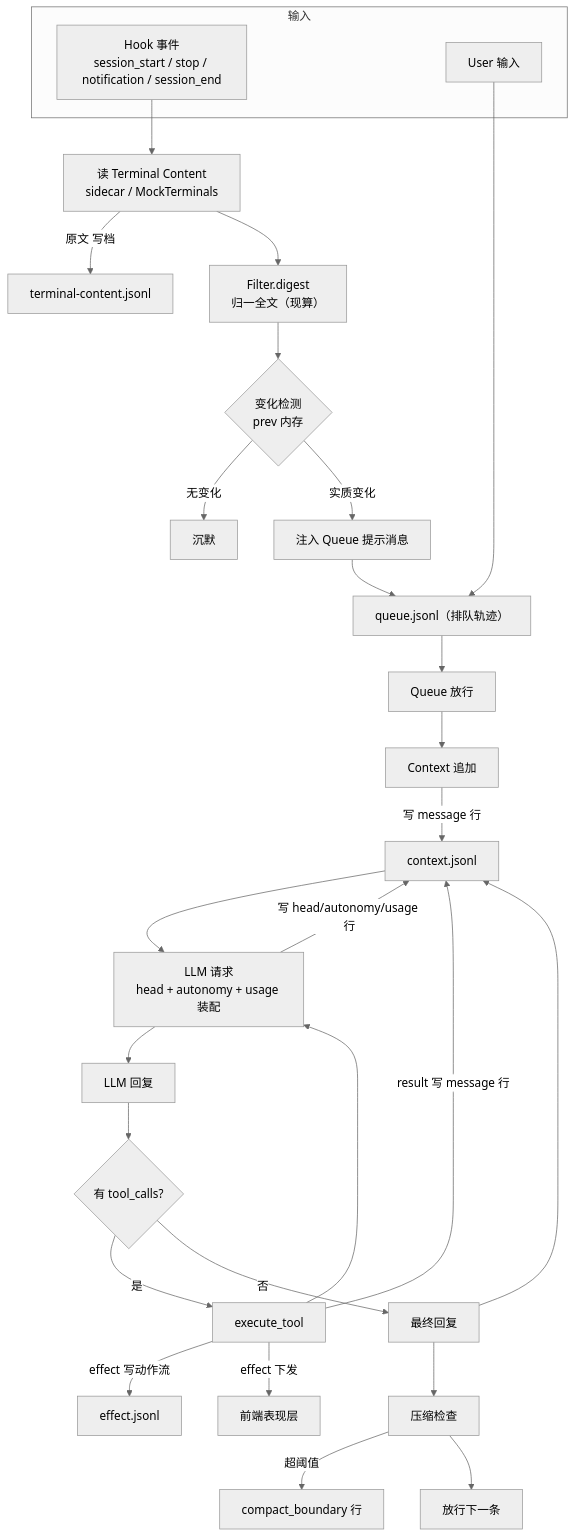
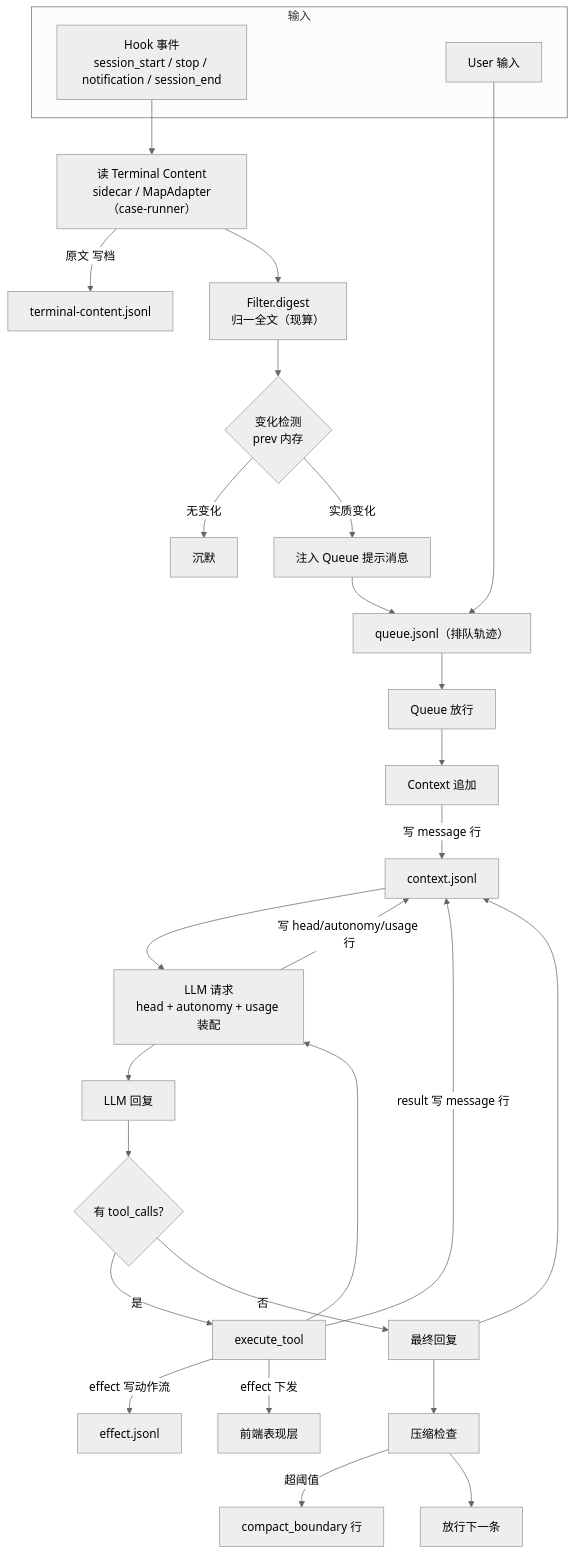
Before and after one commit to ambery-ai/ambery: the diagram in docs/processing-flow.md, drawn with Mermaid (neutral theme). The commit also changed other lines of this file and 16 other files, not shown here.

````diff
--- a/docs/processing-flow.md
+++ b/docs/processing-flow.md
@@ -87,39 +87,39 @@
 ```mermaid
 flowchart TD
     subgraph 输入
         HOOK["Hook 事件<br/>session_start / stop / notification / session_end"]
         USER["User 输入"]
     end
 
-    HOOK --> READ["读 Terminal Content<br/>sidecar / MockTerminals"]
+    HOOK --> READ["读 Terminal Content<br/>sidecar / MapAdapter（case-runner）"]
     USER --> QLOG
 
     READ -->|"原文 写档"| TC["terminal-content.jsonl"]
     READ --> FILTER["Filter.digest<br/>归一全文（现算）"]
     FILTER --> DETECT{"变化检测<br/>prev 内存"}
 
     DETECT -->|无变化| SILENT["沉默"]
     DETECT -->|实质变化| ENQ["注入 Queue 提示消息"]
     ENQ --> QLOG["queue.jsonl（排队轨迹）"]
 
     QLOG --> RELEASE["Queue 放行"]
     RELEASE --> CTX["Context 追加"]
     CTX -->|"写 message 行"| CL["context.jsonl"]
 
     CL --> ASSEMBLE["LLM 请求<br/>head + autonomy + usage 装配"]
     ASSEMBLE -->|"写 head/autonomy/usage 行"| CL
     ASSEMBLE --> LLM["LLM 回复"]
     LLM --> TOOLCALL{"有 tool_calls?"}
 
     TOOLCALL -->|是| EXEC["execute_tool"]
     EXEC -->|"result 写 message 行"| CL
     EXEC -->|"effect 写动作流"| EF["effect.jsonl"]
     EXEC -->|"effect 下发"| FE["前端表现层"]
     EXEC --> ASSEMBLE
 
     TOOLCALL -->|否| FINAL["最终回复"]
     FINAL --> CL
     FINAL --> COMPRESS["压缩检查"]
     COMPRESS -->|超阈值| CB["compact_boundary 行"]
     COMPRESS --> NEXT["放行下一条"]
 ```
````
